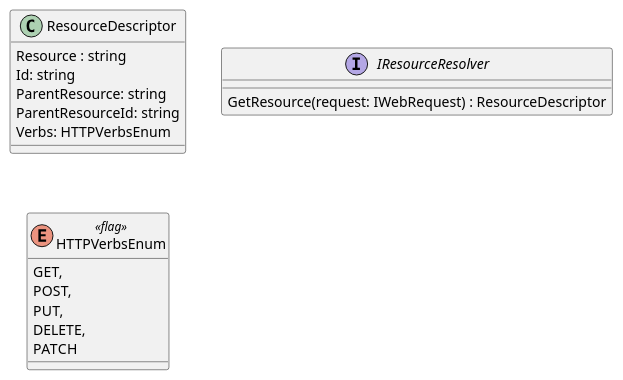
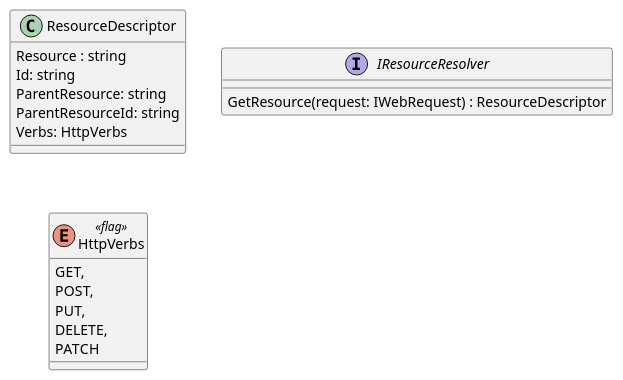
One commit to FlussoBV/openedge-fwebh changed the diagram in doc/uml/resource/resource.puml. Above: the diagram before and after it, drawn with PlantUML.

Commit message:
fixed rename

```diff
--- a/doc/uml/resource/resource.puml
+++ b/doc/uml/resource/resource.puml
@@ -1,21 +1,21 @@
 @startuml
 class ResourceDescriptor {
     Resource : string
     Id: string
     ParentResource: string
     ParentResourceId: string
-    Verbs: HTTPVerbsEnum
+    Verbs: HttpVerbs
 }
 
 interface IResourceResolver {
     GetResource(request: IWebRequest) : ResourceDescriptor
 }
 
-enum HTTPVerbsEnum <<flag>>{
+enum HttpVerbs <<flag>>{
     GET,
     POST,
     PUT,
     DELETE,
     PATCH
 }
 @enduml
```
